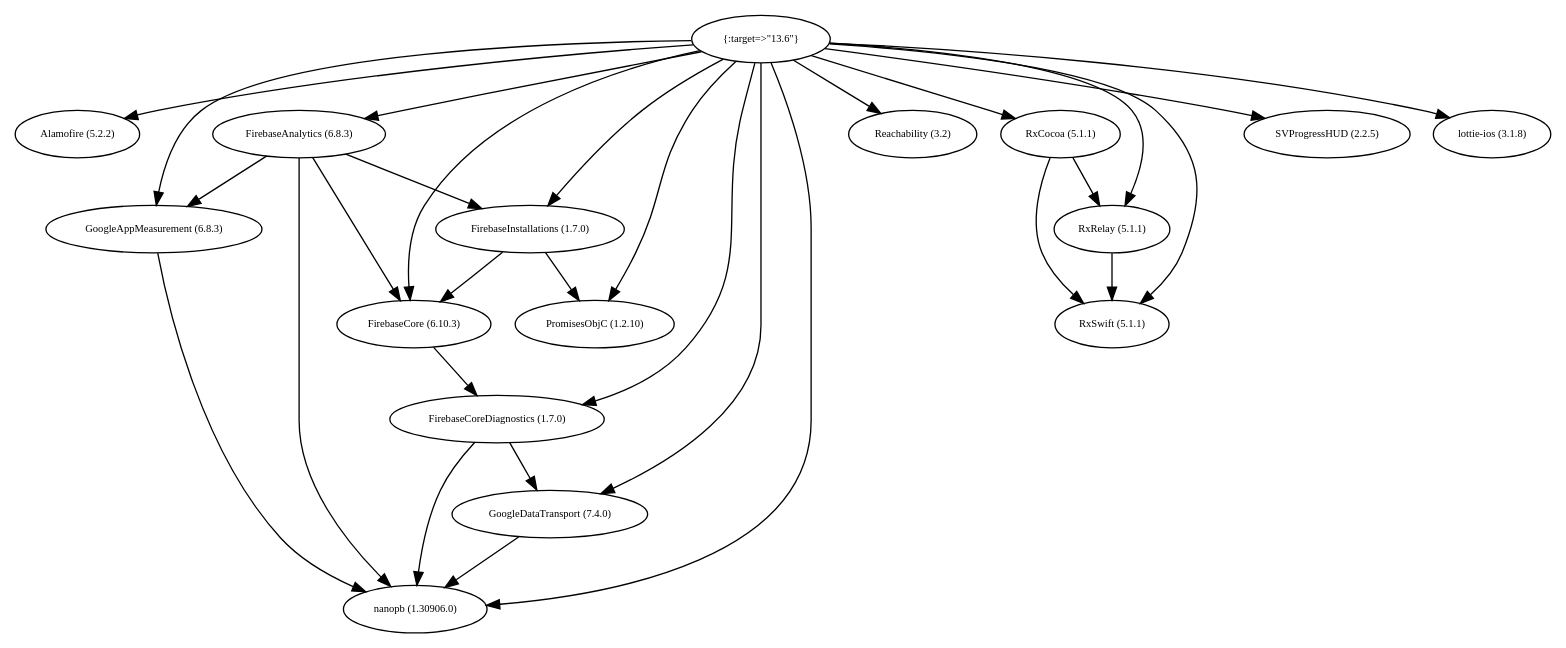
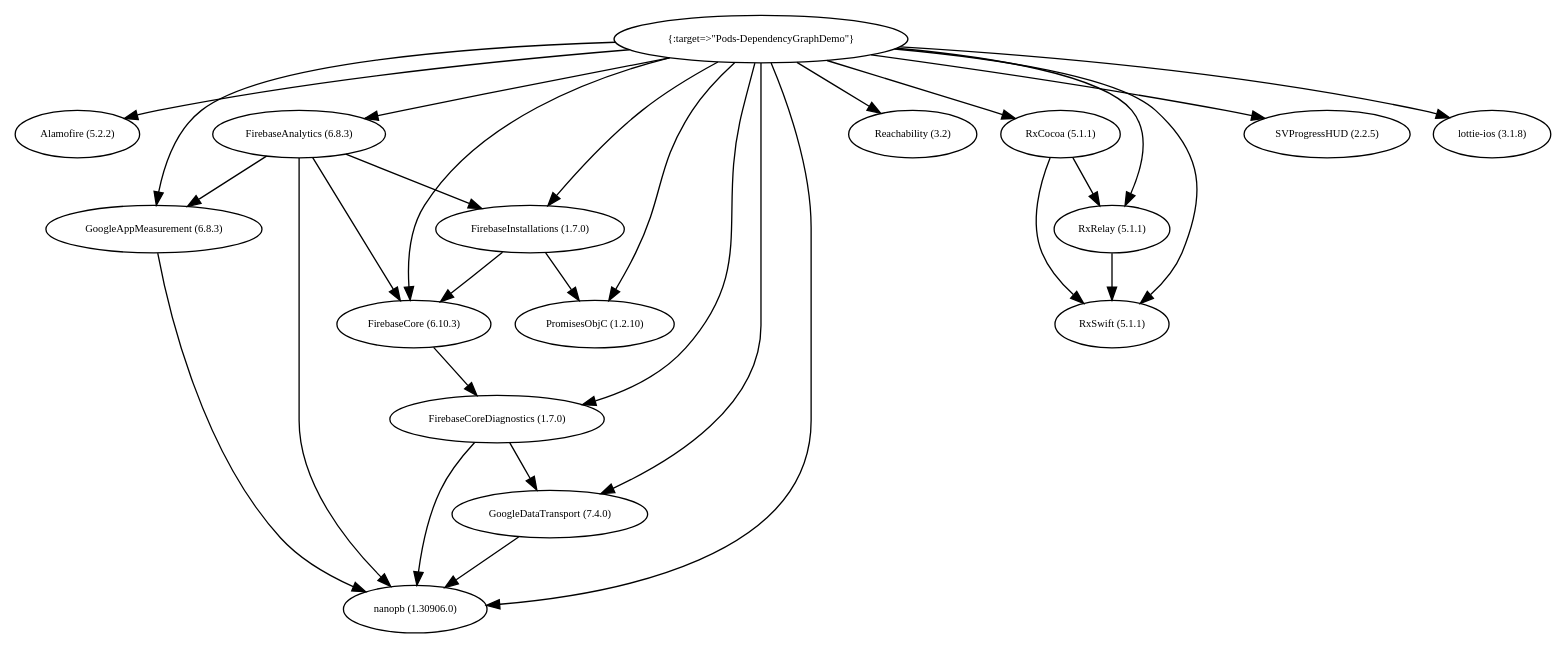
Before and after one commit to sueLan/cocoapods-dependency-graph: the diagram in demo/DependencyGraphDemo/graph.dot, drawn with Graphviz. The commit also changed 5 other files, not shown here.

```diff
--- a/demo/DependencyGraphDemo/graph.dot
+++ b/demo/DependencyGraphDemo/graph.dot
@@ -1,197 +1,197 @@
 digraph RGL__DirectedAdjacencyGraph {
-    "{:target=>\"13.6\"}" [
+    "{:target=>\"Pods-DependencyGraphDemo\"}" [
         fontsize = 8,
-        label = "{:target=>\"13.6\"}"
+        label = "{:target=>\"Pods-DependencyGraphDemo\"}"
     ]
 
     "Alamofire (5.2.2)" [
         fontsize = 8,
         label = "Alamofire (5.2.2)"
     ]
 
     "FirebaseAnalytics (6.8.3)" [
         fontsize = 8,
         label = "FirebaseAnalytics (6.8.3)"
     ]
 
     "FirebaseCore (6.10.3)" [
         fontsize = 8,
         label = "FirebaseCore (6.10.3)"
     ]
 
     "FirebaseCoreDiagnostics (1.7.0)" [
         fontsize = 8,
         label = "FirebaseCoreDiagnostics (1.7.0)"
     ]
 
     "GoogleDataTransport (7.4.0)" [
         fontsize = 8,
         label = "GoogleDataTransport (7.4.0)"
     ]
 
     "nanopb (1.30906.0)" [
         fontsize = 8,
         label = "nanopb (1.30906.0)"
     ]
 
     "FirebaseInstallations (1.7.0)" [
         fontsize = 8,
         label = "FirebaseInstallations (1.7.0)"
     ]
 
     "PromisesObjC (1.2.10)" [
         fontsize = 8,
         label = "PromisesObjC (1.2.10)"
     ]
 
     "GoogleAppMeasurement (6.8.3)" [
         fontsize = 8,
         label = "GoogleAppMeasurement (6.8.3)"
     ]
 
     "Reachability (3.2)" [
         fontsize = 8,
         label = "Reachability (3.2)"
     ]
 
     "RxCocoa (5.1.1)" [
         fontsize = 8,
         label = "RxCocoa (5.1.1)"
     ]
 
     "RxSwift (5.1.1)" [
         fontsize = 8,
         label = "RxSwift (5.1.1)"
     ]
 
     "RxRelay (5.1.1)" [
         fontsize = 8,
         label = "RxRelay (5.1.1)"
     ]
 
     "SVProgressHUD (2.2.5)" [
         fontsize = 8,
         label = "SVProgressHUD (2.2.5)"
     ]
 
     "lottie-ios (3.1.8)" [
         fontsize = 8,
         label = "lottie-ios (3.1.8)"
     ]
 
-    "{:target=>\"13.6\"}" -> "Alamofire (5.2.2)" [
+    "{:target=>\"Pods-DependencyGraphDemo\"}" -> "Alamofire (5.2.2)" [
         fontsize = 8
     ]
 
-    "{:target=>\"13.6\"}" -> "FirebaseAnalytics (6.8.3)" [
+    "{:target=>\"Pods-DependencyGraphDemo\"}" -> "FirebaseAnalytics (6.8.3)" [
         fontsize = 8
     ]
 
-    "{:target=>\"13.6\"}" -> "FirebaseCore (6.10.3)" [
+    "{:target=>\"Pods-DependencyGraphDemo\"}" -> "FirebaseCore (6.10.3)" [
         fontsize = 8
     ]
 
-    "{:target=>\"13.6\"}" -> "FirebaseCoreDiagnostics (1.7.0)" [
+    "{:target=>\"Pods-DependencyGraphDemo\"}" -> "FirebaseCoreDiagnostics (1.7.0)" [
         fontsize = 8
     ]
 
-    "{:target=>\"13.6\"}" -> "FirebaseInstallations (1.7.0)" [
+    "{:target=>\"Pods-DependencyGraphDemo\"}" -> "FirebaseInstallations (1.7.0)" [
         fontsize = 8
     ]
 
-    "{:target=>\"13.6\"}" -> "GoogleAppMeasurement (6.8.3)" [
+    "{:target=>\"Pods-DependencyGraphDemo\"}" -> "GoogleAppMeasurement (6.8.3)" [
         fontsize = 8
     ]
 
-    "{:target=>\"13.6\"}" -> "GoogleDataTransport (7.4.0)" [
+    "{:target=>\"Pods-DependencyGraphDemo\"}" -> "GoogleDataTransport (7.4.0)" [
         fontsize = 8
     ]
 
-    "{:target=>\"13.6\"}" -> "PromisesObjC (1.2.10)" [
+    "{:target=>\"Pods-DependencyGraphDemo\"}" -> "PromisesObjC (1.2.10)" [
         fontsize = 8
     ]
 
-    "{:target=>\"13.6\"}" -> "Reachability (3.2)" [
+    "{:target=>\"Pods-DependencyGraphDemo\"}" -> "Reachability (3.2)" [
         fontsize = 8
     ]
 
-    "{:target=>\"13.6\"}" -> "RxCocoa (5.1.1)" [
+    "{:target=>\"Pods-DependencyGraphDemo\"}" -> "RxCocoa (5.1.1)" [
         fontsize = 8
     ]
 
-    "{:target=>\"13.6\"}" -> "RxRelay (5.1.1)" [
+    "{:target=>\"Pods-DependencyGraphDemo\"}" -> "RxRelay (5.1.1)" [
         fontsize = 8
     ]
 
-    "{:target=>\"13.6\"}" -> "RxSwift (5.1.1)" [
+    "{:target=>\"Pods-DependencyGraphDemo\"}" -> "RxSwift (5.1.1)" [
         fontsize = 8
     ]
 
-    "{:target=>\"13.6\"}" -> "SVProgressHUD (2.2.5)" [
+    "{:target=>\"Pods-DependencyGraphDemo\"}" -> "SVProgressHUD (2.2.5)" [
         fontsize = 8
     ]
 
-    "{:target=>\"13.6\"}" -> "lottie-ios (3.1.8)" [
+    "{:target=>\"Pods-DependencyGraphDemo\"}" -> "lottie-ios (3.1.8)" [
         fontsize = 8
     ]
 
-    "{:target=>\"13.6\"}" -> "nanopb (1.30906.0)" [
+    "{:target=>\"Pods-DependencyGraphDemo\"}" -> "nanopb (1.30906.0)" [
         fontsize = 8
     ]
 
     "FirebaseAnalytics (6.8.3)" -> "FirebaseCore (6.10.3)" [
         fontsize = 8
     ]
 
     "FirebaseAnalytics (6.8.3)" -> "FirebaseInstallations (1.7.0)" [
         fontsize = 8
     ]
 
     "FirebaseAnalytics (6.8.3)" -> "GoogleAppMeasurement (6.8.3)" [
         fontsize = 8
     ]
 
     "FirebaseAnalytics (6.8.3)" -> "nanopb (1.30906.0)" [
         fontsize = 8
     ]
 
     "FirebaseCore (6.10.3)" -> "FirebaseCoreDiagnostics (1.7.0)" [
         fontsize = 8
     ]
 
     "FirebaseCoreDiagnostics (1.7.0)" -> "GoogleDataTransport (7.4.0)" [
         fontsize = 8
     ]
 
     "FirebaseCoreDiagnostics (1.7.0)" -> "nanopb (1.30906.0)" [
         fontsize = 8
     ]
 
     "GoogleDataTransport (7.4.0)" -> "nanopb (1.30906.0)" [
         fontsize = 8
     ]
 
     "FirebaseInstallations (1.7.0)" -> "FirebaseCore (6.10.3)" [
         fontsize = 8
     ]
 
     "FirebaseInstallations (1.7.0)" -> "PromisesObjC (1.2.10)" [
         fontsize = 8
     ]
 
     "GoogleAppMeasurement (6.8.3)" -> "nanopb (1.30906.0)" [
         fontsize = 8
     ]
 
     "RxCocoa (5.1.1)" -> "RxSwift (5.1.1)" [
         fontsize = 8
     ]
 
     "RxCocoa (5.1.1)" -> "RxRelay (5.1.1)" [
         fontsize = 8
     ]
 
     "RxRelay (5.1.1)" -> "RxSwift (5.1.1)" [
         fontsize = 8
     ]
 }
```
